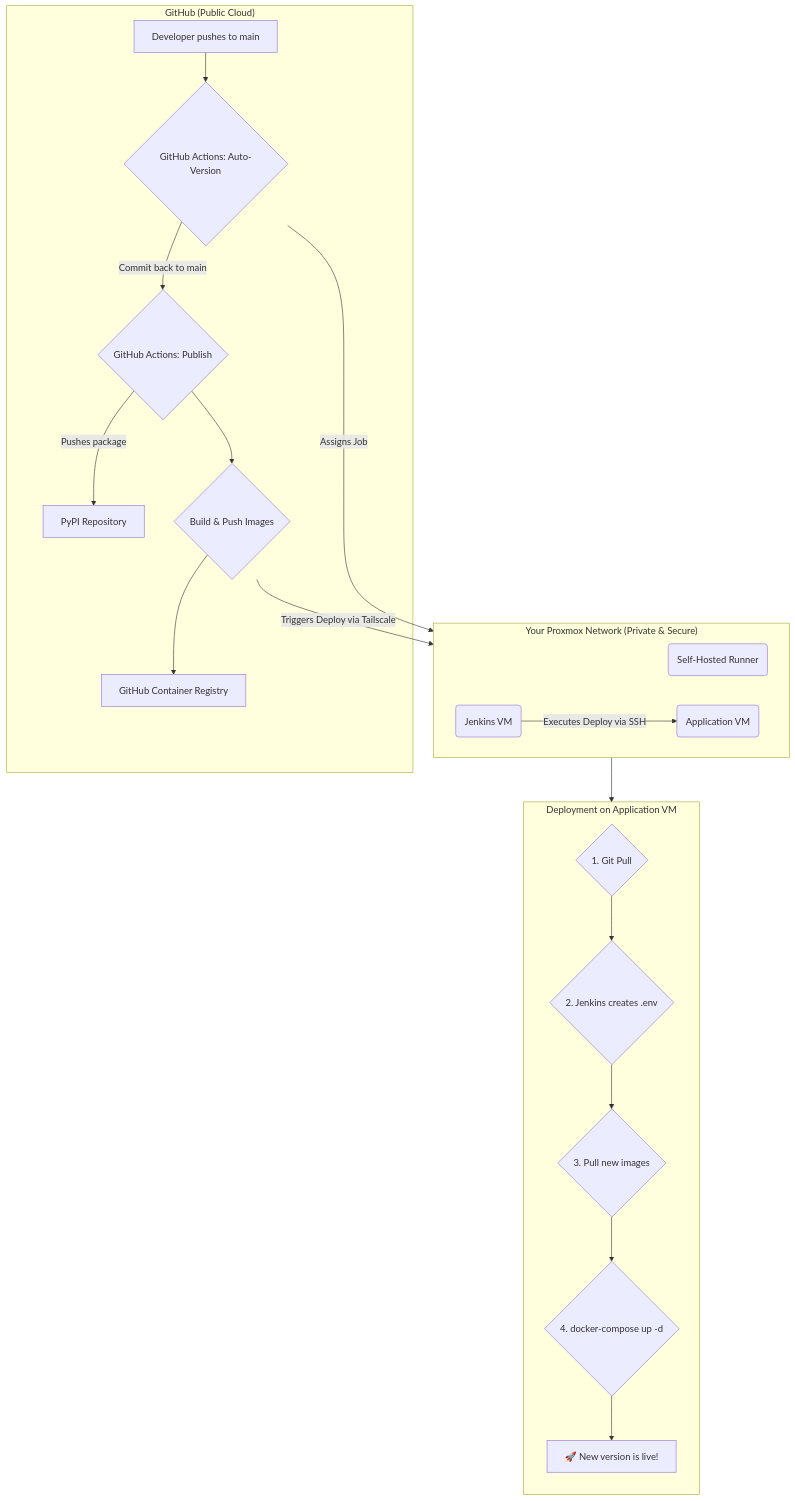
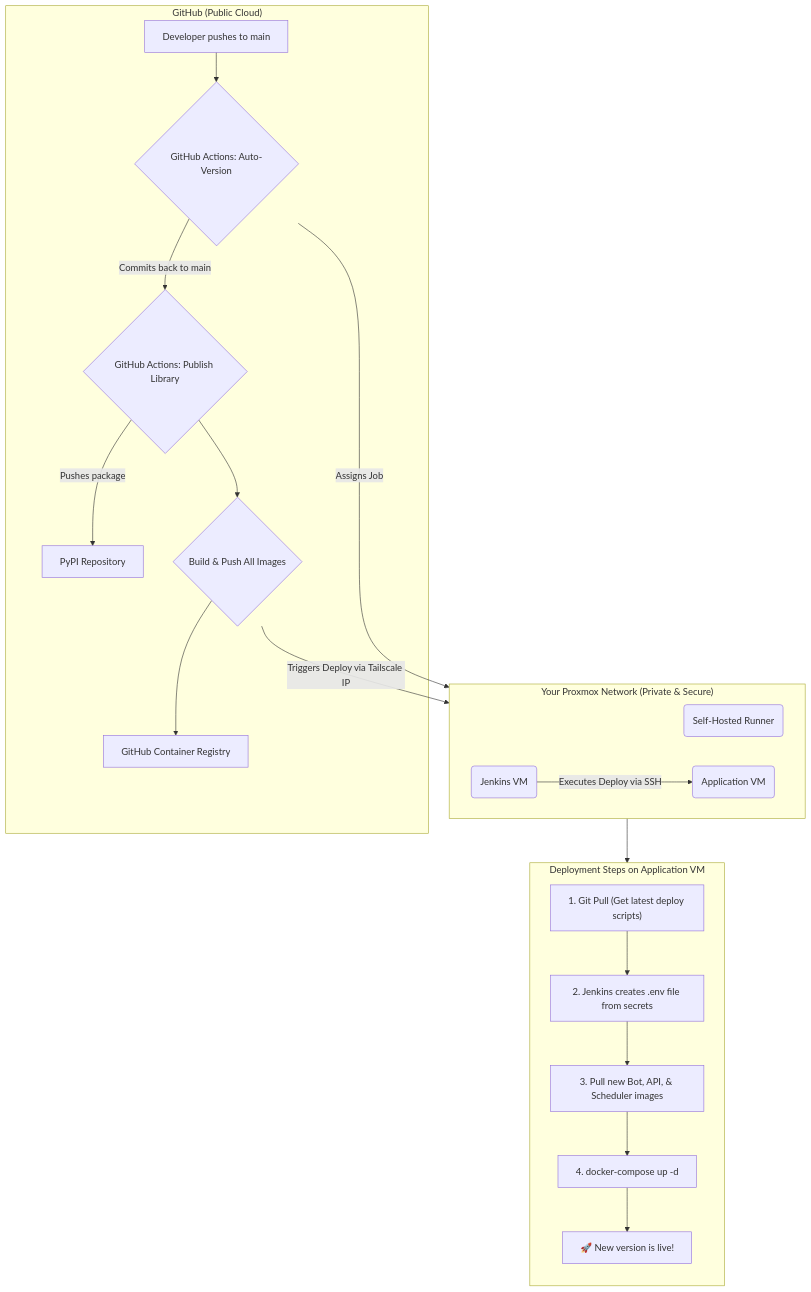
One commit to Ackrome/matplobbot changed the second of 2 diagrams in README.md. Above: the diagram before and after it, drawn with Mermaid. The commit also changed other lines of this file and 2 other files, not shown here.

````diff
--- a/README.md
+++ b/README.md
@@ -325,31 +324,31 @@
 ```mermaid
 graph TD
     subgraph "GitHub (Public Cloud)"
         A[Developer pushes to main] --> B{GitHub Actions: Auto-Version};
-        B --> |Commit back to main| C{GitHub Actions: Publish};
+        B --> |Commits back to main| C{GitHub Actions: Publish Library};
         C --> |Pushes package| D[PyPI Repository];
-        C --> E{Build & Push Images};
+        C --> E{Build & Push All Images};
         E --> F[GitHub Container Registry];
     end
 
     subgraph "Your Proxmox Network (Private & Secure)"
         direction LR
         G(Self-Hosted Runner)
         H(Jenkins VM)
         I(Application VM)
 
-        E -- "Triggers Deploy via Tailscale" --> H;
+        E -- "Triggers Deploy via Tailscale IP" --> H;
         H -- "Executes Deploy via SSH" --> I;
     end
-
+    
     B -- "Assigns Job" --> G;
 
-    subgraph "Deployment on Application VM"
+    subgraph "Deployment Steps on Application VM"
         direction TB
-        I --> J{1. Git Pull};
-        J --> K{2. Jenkins creates .env};
-        K --> L{3. Pull new images};
-        L --> M{4. docker-compose up -d};
+        I --> J["1. Git Pull (Get latest deploy scripts)"];
+        J --> K["2. Jenkins creates .env file from secrets"];
+        K --> L["3. Pull new Bot, API, & Scheduler images"];
+        L --> M["4. docker-compose up -d"];
         M --> N[🚀 New version is live!];
     end
 ```
````
